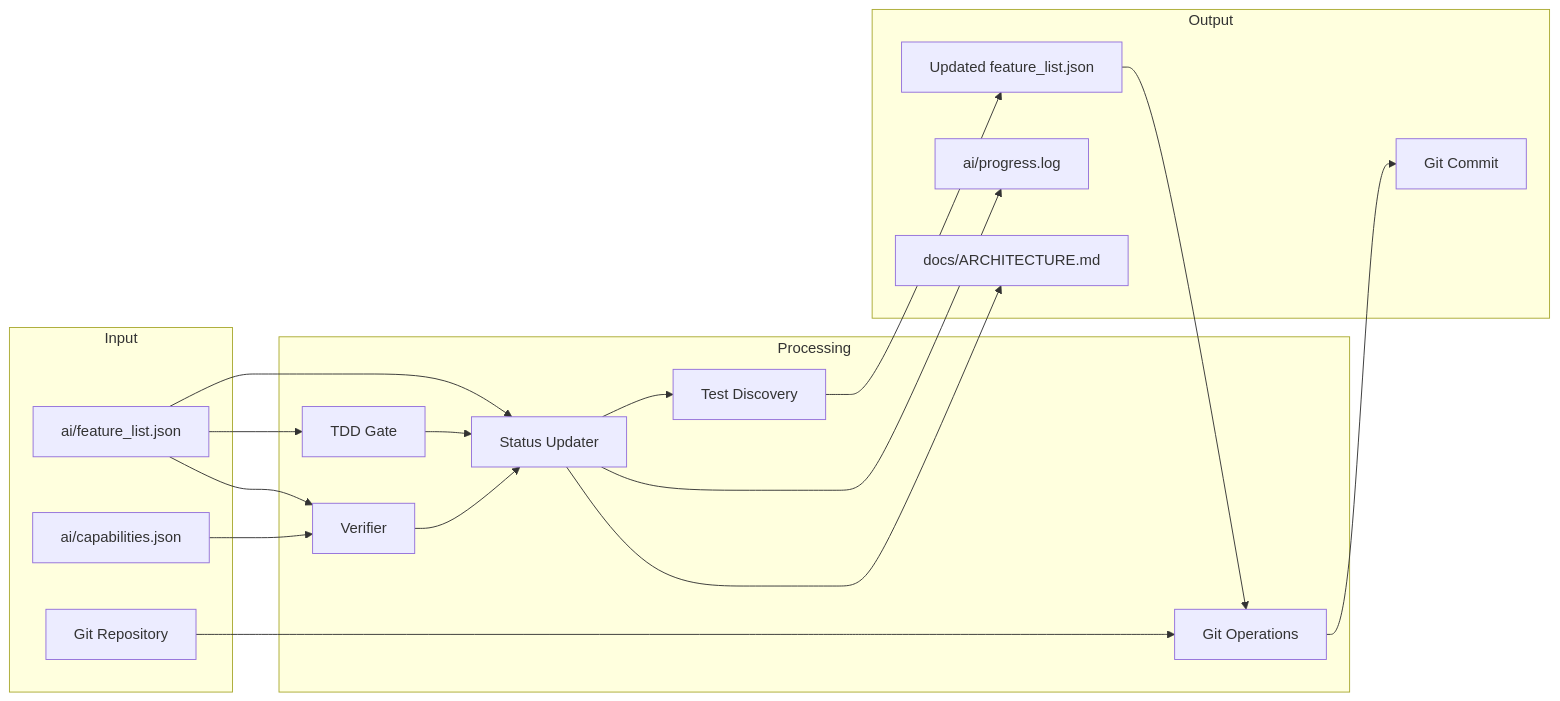
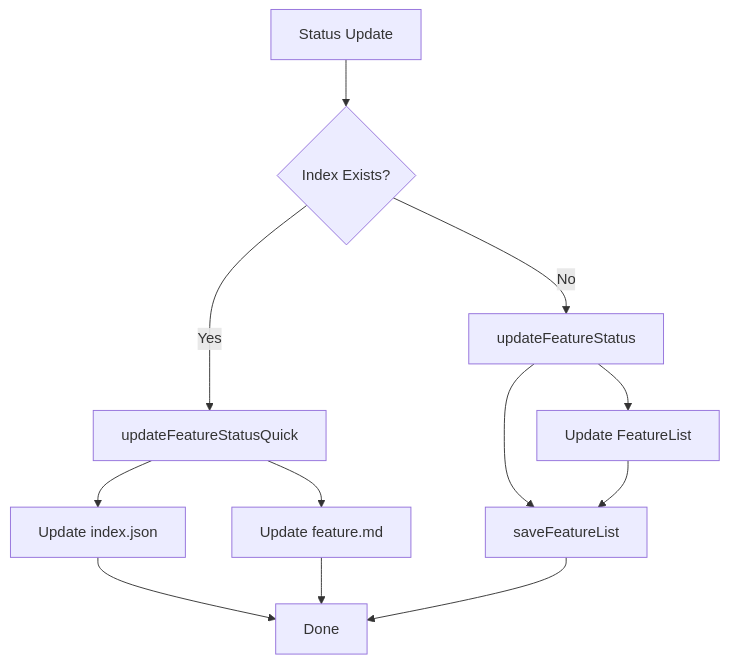
Before and after one commit to jerejones/agent-foreman: the fifth of 5 diagrams in docs/commands/done.md, drawn with Mermaid. The commit also changed other lines of this file and 379 other files, not shown here.

````diff
--- a/docs/commands/done.md
+++ b/docs/commands/done.md
@@ -234,43 +309,16 @@
 ```mermaid
-flowchart LR
-    subgraph Input
-        FeatureList[ai/feature_list.json]
-        GitRepo[Git Repository]
-        Capabilities[ai/capabilities.json]
-    end
+flowchart TD
+    A[Status Update] --> B{Index Exists?}
+    B -->|Yes| C[updateFeatureStatusQuick]
+    B -->|No| D[updateFeatureStatus]
 
-    subgraph Processing
-        TDDGate[TDD Gate]
-        Verifier[Verifier]
-        StatusUpdater[Status Updater]
-        TestDiscovery[Test Discovery]
-        GitOps[Git Operations]
-    end
+    C --> E[Update index.json]
+    C --> F[Update feature.md]
+    D --> G[Update FeatureList]
+    D --> H[saveFeatureList]
 
-    subgraph Output
-        UpdatedFL[Updated feature_list.json]
-        ProgressLog[ai/progress.log]
-        GitCommit[Git Commit]
-        ArchMD[docs/ARCHITECTURE.md]
-    end
-
-    FeatureList --> TDDGate
-    FeatureList --> Verifier
-    FeatureList --> StatusUpdater
-
-    Capabilities --> Verifier
-
-    TDDGate --> StatusUpdater
-    Verifier --> StatusUpdater
-
-    StatusUpdater --> TestDiscovery
-    TestDiscovery --> UpdatedFL
-
-    StatusUpdater --> ProgressLog
-
-    GitRepo --> GitOps
-    UpdatedFL --> GitOps
-    GitOps --> GitCommit
-
-    StatusUpdater --> ArchMD
+    E --> I[Done]
+    F --> I
+    G --> H
+    H --> I
 ```
````
